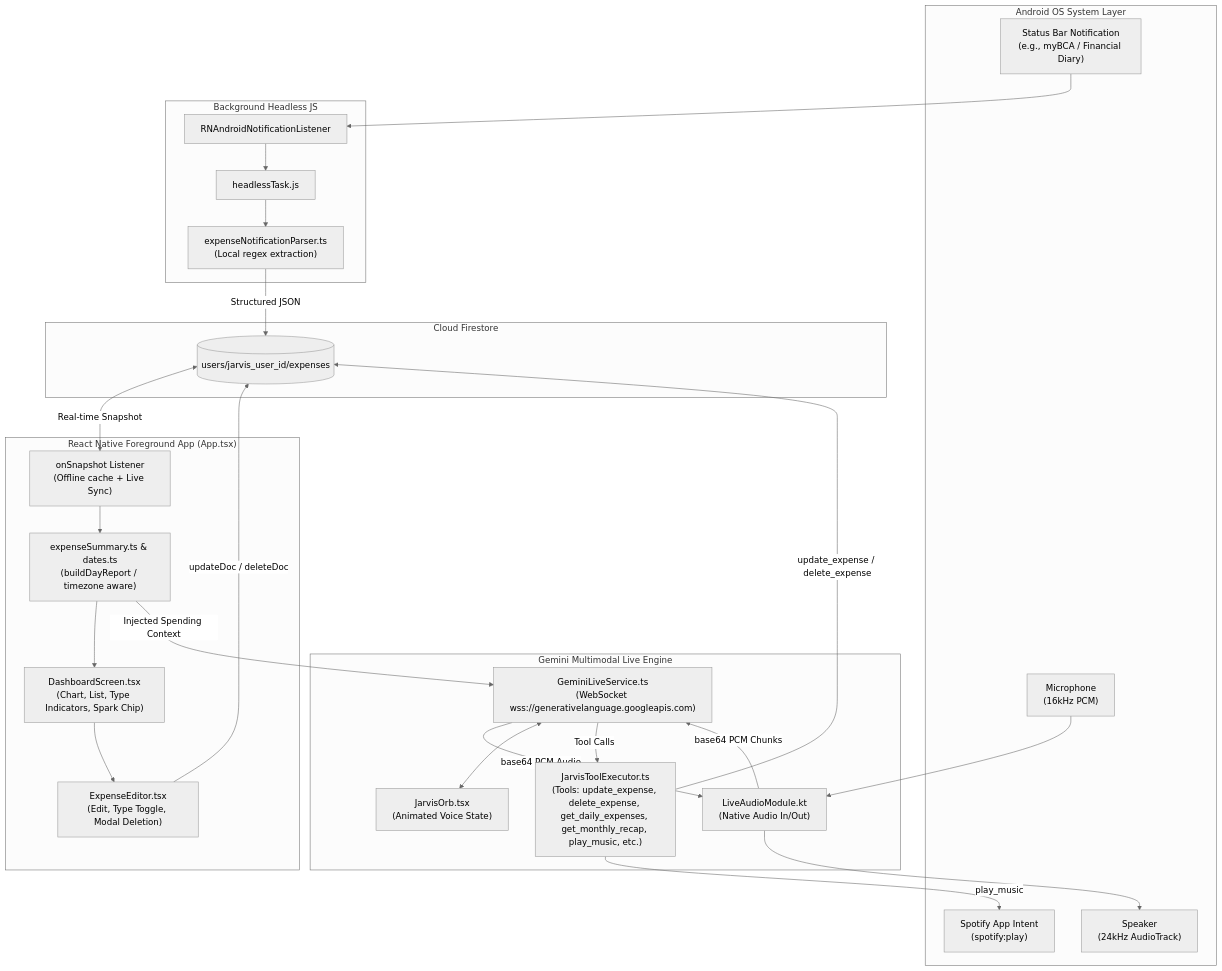
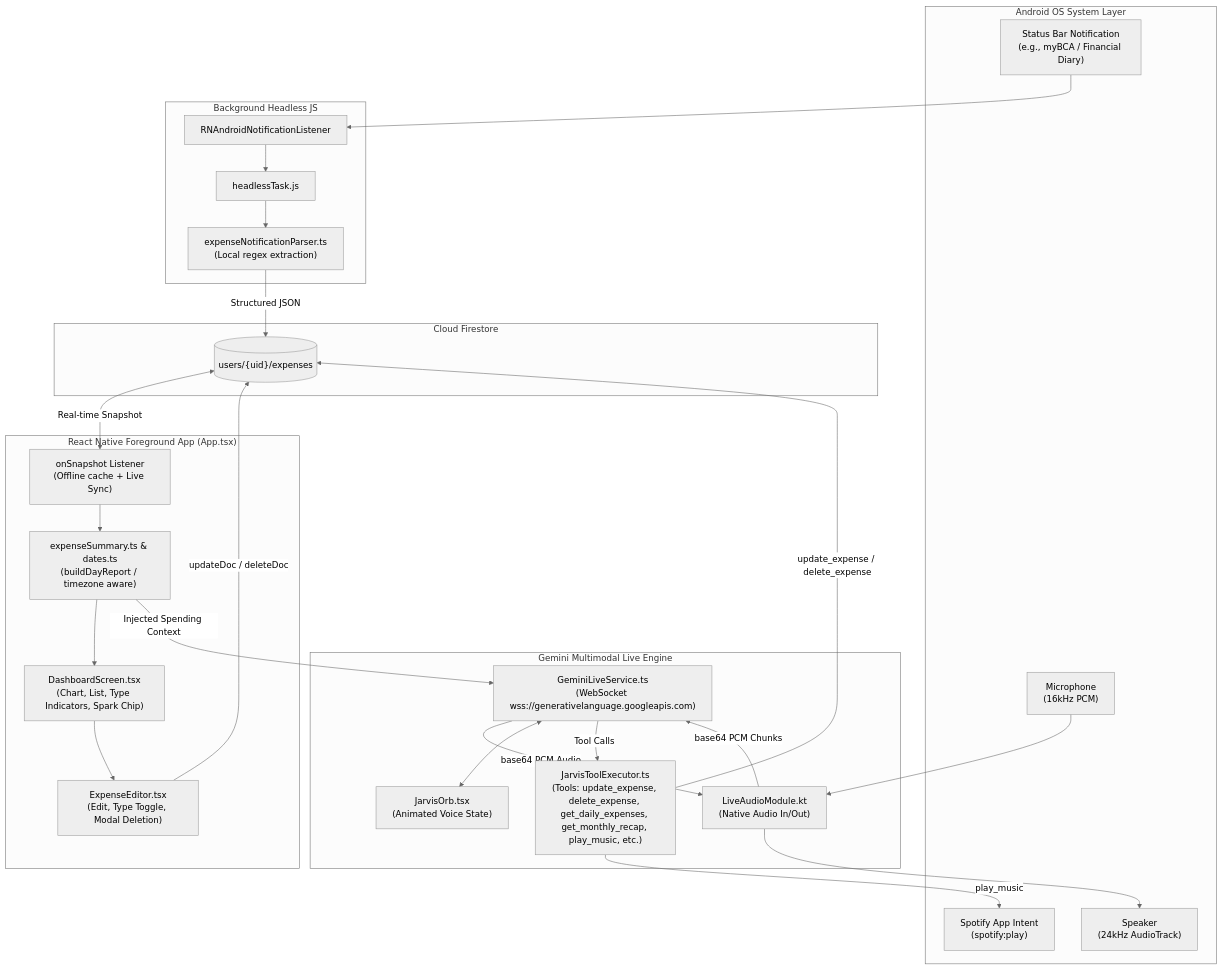
One commit to RenaldoLouis/home_assistant changed the first of 2 diagrams in JarvisAssistant/docs/architecture-and-system-overview.md. Above: the diagram before and after it, drawn with Mermaid (neutral theme). The commit also changed other lines of this file and 20 other files, not shown here.

````diff
--- a/JarvisAssistant/docs/architecture-and-system-overview.md
+++ b/JarvisAssistant/docs/architecture-and-system-overview.md
@@ -28,55 +28,55 @@
 ```mermaid
 flowchart TD
     subgraph AndroidOS["Android OS System Layer"]
         Notif["Status Bar Notification\n(e.g., myBCA / Financial Diary)"]
         Mic["Microphone\n(16kHz PCM)"]
         Speaker["Speaker\n(24kHz AudioTrack)"]
         SpotifyIntent["Spotify App Intent\n(spotify:play)"]
     end
 
     subgraph Background["Background Headless JS"]
         NL["RNAndroidNotificationListener"]
         Parser["expenseNotificationParser.ts\n(Local regex extraction)"]
         Headless["headlessTask.js"]
     end
 
     subgraph Storage["Cloud Firestore"]
-        FirestoreDB[("users/jarvis_user_id/expenses")]
+        FirestoreDB[("users/{uid}/expenses")]
     end
 
     subgraph ForegroundApp["React Native Foreground App (App.tsx)"]
         Sync["onSnapshot Listener\n(Offline cache + Live Sync)"]
         ReportEngine["expenseSummary.ts & dates.ts\n(buildDayReport / timezone aware)"]
         Dashboard["DashboardScreen.tsx\n(Chart, List, Type Indicators, Spark Chip)"]
         Editor["ExpenseEditor.tsx\n(Edit, Type Toggle, Modal Deletion)"]
     end
 
     subgraph AIEngine["Gemini Multimodal Live Engine"]
         AudioBridge["LiveAudioModule.kt\n(Native Audio In/Out)"]
         LiveService["GeminiLiveService.ts\n(WebSocket wss://generativelanguage.googleapis.com)"]
         ToolExecutor["JarvisToolExecutor.ts\n(Tools: update_expense, delete_expense, get_daily_expenses, get_monthly_recap, play_music, etc.)"]
         Orb["JarvisOrb.tsx\n(Animated Voice State)"]
     end
 
     Notif --> NL
     NL --> Headless
     Headless --> Parser
     Parser -->|Structured JSON| FirestoreDB
 
     FirestoreDB <-->|Real-time Snapshot| Sync
     Sync --> ReportEngine
     ReportEngine --> Dashboard
     Dashboard --> Editor
     Editor -->|updateDoc / deleteDoc| FirestoreDB
 
     Mic --> AudioBridge
     AudioBridge -->|base64 PCM Chunks| LiveService
     LiveService -->|base64 PCM Audio| AudioBridge
     AudioBridge --> Speaker
     LiveService <--> Orb
 
     LiveService -->|Tool Calls| ToolExecutor
     ToolExecutor -->|update_expense / delete_expense| FirestoreDB
     ToolExecutor -->|play_music| SpotifyIntent
     ReportEngine -->|Injected Spending Context| LiveService
 ```
````
